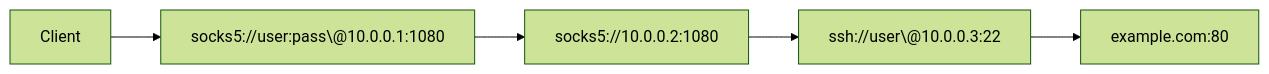
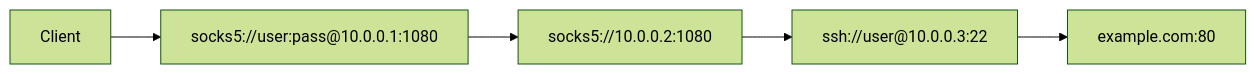
One commit to fmotalleb/junction changed the diagram in README.md. Above: the diagram before and after it, drawn with Mermaid (forest theme). The commit also changed other lines of this file and 2 other files, not shown here.

````diff
--- a/README.md
+++ b/README.md
@@ -209,7 +198,7 @@
     ```mermaid
     graph LR
-       Client --> Proxy1["socks5://user:pass\@10.0.0.1:1080"]
-       Proxy1 --> Proxy2["socks5://10.0.0.2:1080"]
-       Proxy2 --> Proxy3["ssh://user\@10.0.0.3:22"]
-       Proxy3 --> Target["example.com:80"]
+      Client --> Proxy1["socks5://user:pass@10.0.0.1:1080"]
+      Proxy1 --> Proxy2["socks5://10.0.0.2:1080"]
+      Proxy2 --> Proxy3["ssh://user@10.0.0.3:22"]
+      Proxy3 --> Target["example.com:80"]
     ```
````
